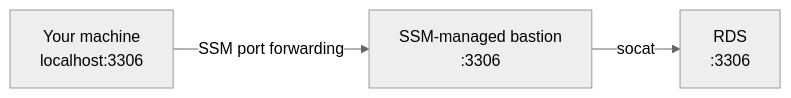
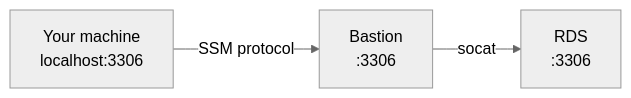
The diagram in README.md (nicola-strappazzon/conduit), drawn with Mermaid (neutral theme) before and after one commit.

````diff
--- a/README.md
+++ b/README.md
@@ -14,9 +14,9 @@
 ```mermaid
 flowchart LR
     local["Your machine<br/>localhost:3306"]
-    bastion["SSM-managed bastion<br/>:3306"]
+    bastion["Bastion<br/>:3306"]
     rds["RDS<br/>:3306"]
 
-    local -->|SSM port forwarding| bastion
+    local -->|SSM protocol| bastion
     bastion -->|socat| rds
 ```
````
